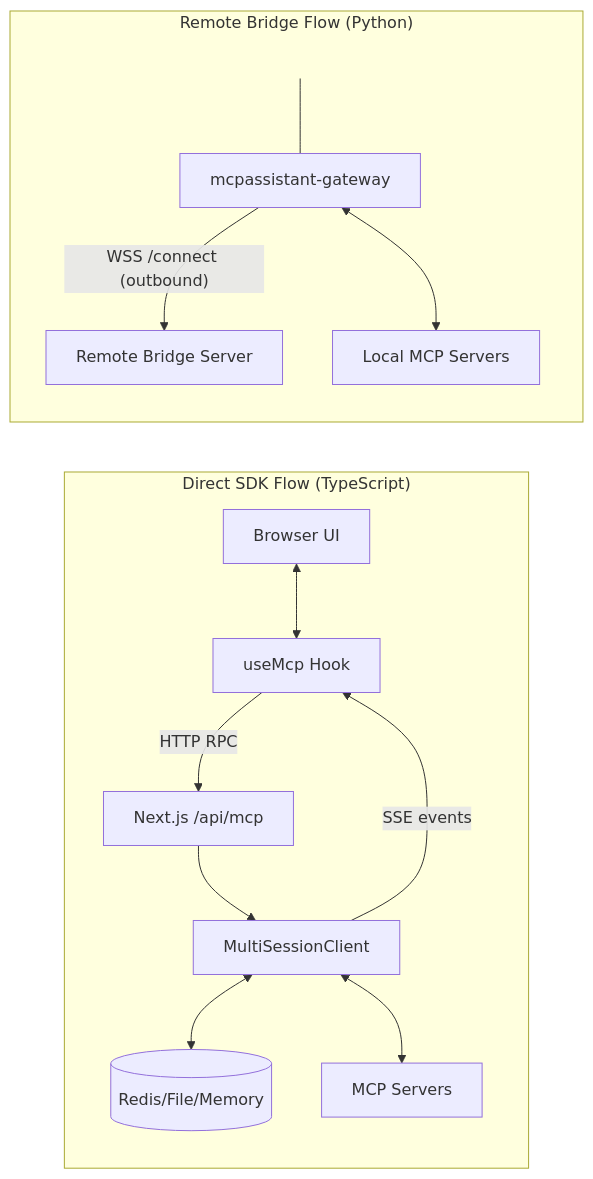
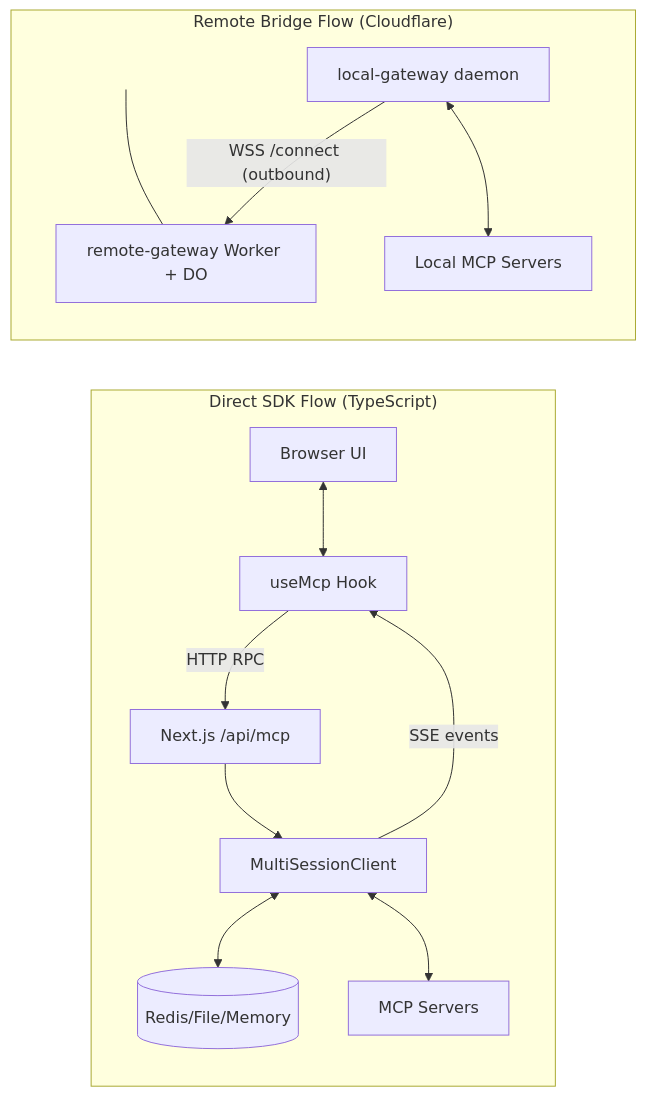
One commit to zonlabs/mcp-ts changed the diagram in README.md. Above: the diagram before and after it, drawn with Mermaid. The commit also changed other lines of this file and 58 other files, not shown here.

First line of the commit message:
Add initial wrangler configuration for mcp-remote-gateway

````diff
--- a/README.md
+++ b/README.md
@@ -519,31 +535,31 @@
 ```mermaid
 graph LR
     subgraph Direct["Direct SDK Flow (TypeScript)"]
         UI[Browser UI]
         Hook[useMcp Hook]
         API[Next.js /api/mcp]
         Mgr[MultiSessionClient]
         Store[(Redis/File/Memory)]
         MCP[MCP Servers]
 
         UI <--> Hook
         Hook -- "HTTP RPC" --> API
         API --> Mgr
         Mgr -- "SSE events" --> Hook
         Mgr <--> Store
         Mgr <--> MCP
     end
 
-    subgraph Bridge["Remote Bridge Flow (Python)"]
+    subgraph Bridge["Remote Bridge Flow (Cloudflare)"]
         direction TB
         Spacer[" "]
-        Agent[mcpassistant-gateway]
-        Remote[Remote Bridge Server]
+        Worker[remote-gateway Worker + DO]
+        Local[local-gateway daemon]
         LocalMcp[Local MCP Servers]
 
-        Spacer --- Agent
-        Agent -- "WSS /connect (outbound)" --> Remote
-        Agent <--> LocalMcp
+        Spacer --- Worker
+        Local -- "WSS /connect (outbound)" --> Worker
+        Local <--> LocalMcp
         style Spacer fill:transparent,stroke:transparent,color:transparent
     end
 ```
````
